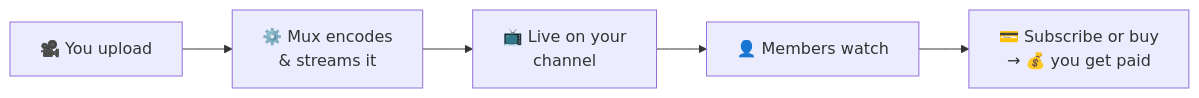
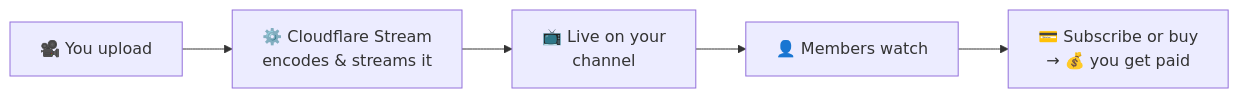
Before and after one commit to hazlijohar95/behind-the-agent: the first of 2 diagrams in README.md, drawn with Mermaid. The commit also changed other lines of this file and 37 other files, not shown here.

First line of the commit message:
Migrate video infrastructure from Mux to Cloudflare Stream

````diff
--- a/README.md
+++ b/README.md
@@ -61,7 +61,7 @@
 ```mermaid
 flowchart LR
-  U["🎥 You upload"] --> M["⚙️ Mux encodes<br/>& streams it"]
+  U["🎥 You upload"] --> M["⚙️ Cloudflare Stream<br/>encodes & streams it"]
   M --> P["📺 Live on your<br/>channel"]
   P --> W["👤 Members watch"]
   W --> Pay["💳 Subscribe or buy<br/>→ 💰 you get paid"]
 ```
````
